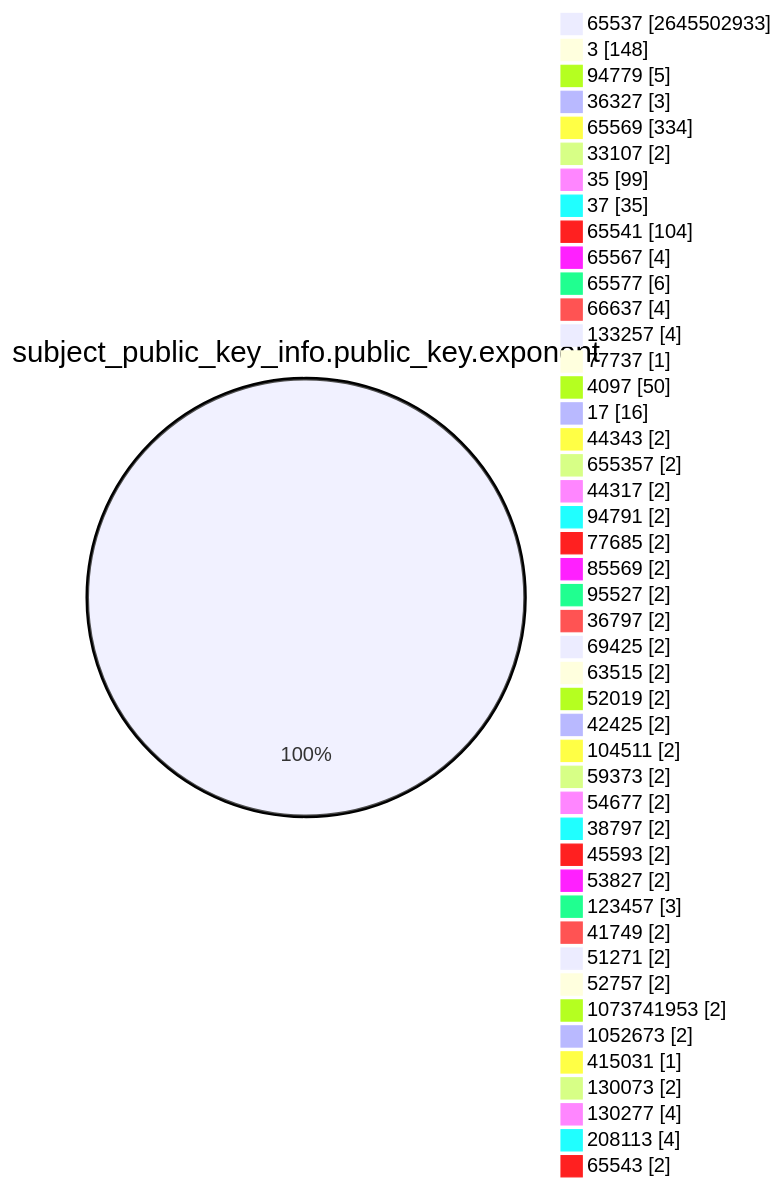
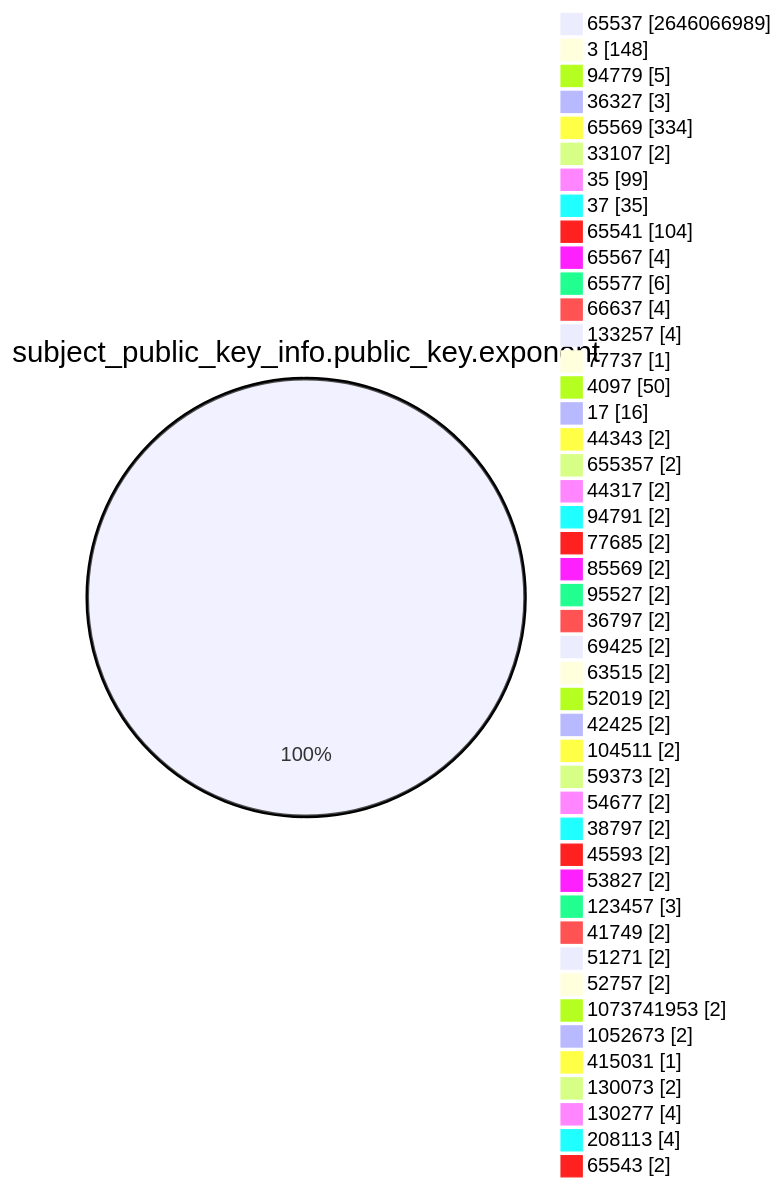
The fourth of 15 diagrams in TOTAL/README.md (christiankrug/ctmonitor_visualization), drawn with Mermaid before and after one commit. The commit also changed other lines of this file, not shown here.

````diff
--- a/TOTAL/README.md
+++ b/TOTAL/README.md
@@ -1466,49 +1466,49 @@
 ```mermaid
 pie showData
 title subject_public_key_info.public_key.exponent
-"65537" :2645502933
+"65537" :2646066989
 "3" :148
 "94779" :5
 "36327" :3
 "65569" :334
 "33107" :2
 "35" :99
 "37" :35
 "65541" :104
 "65567" :4
 "65577" :6
 "66637" :4
 "133257" :4
 "77737" :1
 "4097" :50
 "17" :16
 "44343" :2
 "655357" :2
 "44317" :2
 "94791" :2
 "77685" :2
 "85569" :2
 "95527" :2
 "36797" :2
 "69425" :2
 "63515" :2
 "52019" :2
 "42425" :2
 "104511" :2
 "59373" :2
 "54677" :2
 "38797" :2
 "45593" :2
 "53827" :2
 "123457" :3
 "41749" :2
 "51271" :2
 "52757" :2
 "1073741953" :2
 "1052673" :2
 "415031" :1
 "130073" :2
 "130277" :4
 "208113" :4
 "65543" :2
 ```
````
